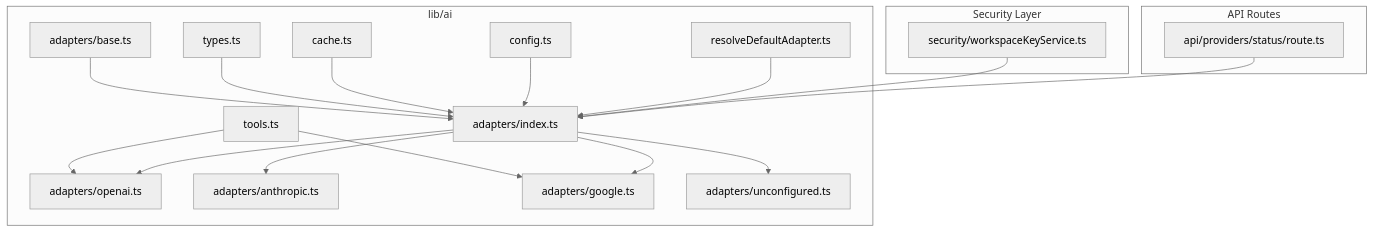
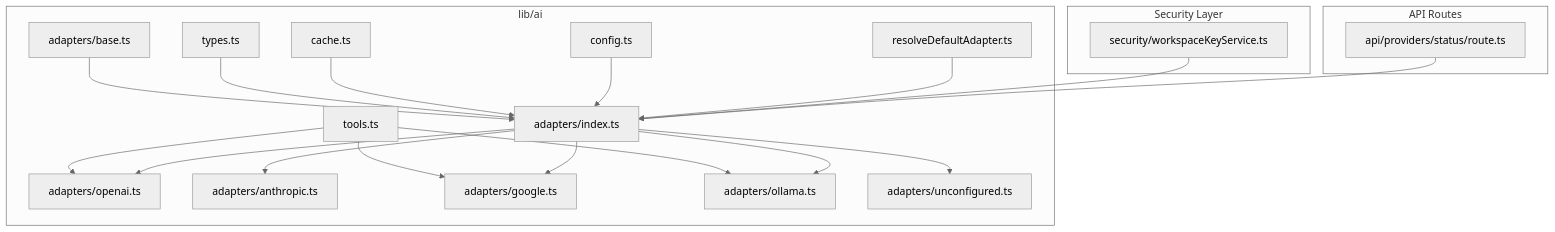
One commit to shekhargiri005-dotcom/AI-powered-accessibility-first-UI-engine changed the first of 11 diagrams in .qoder/repowiki/en/content/Architecture & Design/Layered Architecture/Business Logic Layer/AI Provider Adapter System.md. Above: the diagram before and after it, drawn with Mermaid (neutral theme). The commit also changed other lines of this file and 10 other files, not shown here.

````diff
--- a/.qoder/repowiki/en/content/Architecture & Design/Layered Architecture/Business Logic Layer/AI Provider Adapter System.md
+++ b/.qoder/repowiki/en/content/Architecture & Design/Layered Architecture/Business Logic Layer/AI Provider Adapter System.md
@@ -55,35 +56,38 @@
 ```mermaid
 graph TB
 subgraph "lib/ai"
 BASE["adapters/base.ts"]
 TYPES["types.ts"]
 TOOLS["tools.ts"]
 CACHE["cache.ts"]
 IDX["adapters/index.ts"]
 OA["adapters/openai.ts"]
 AA["adapters/anthropic.ts"]
 GA["adapters/google.ts"]
+OLA["adapters/ollama.ts"]
 UCA["adapters/unconfigured.ts"]
 CFG["config.ts"]
 RDA["resolveDefaultAdapter.ts"]
 end
 subgraph "Security Layer"
 WK["security/workspaceKeyService.ts"]
 end
 subgraph "API Routes"
 PS["api/providers/status/route.ts"]
 end
 BASE --> IDX
 TYPES --> IDX
 TOOLS --> OA
 TOOLS --> GA
+TOOLS --> OLA
 CACHE --> IDX
 IDX --> OA
 IDX --> AA
 IDX --> GA
+IDX --> OLA
 IDX --> UCA
 CFG --> IDX
 RDA --> IDX
 WK --> IDX
 PS --> IDX
 ```
````
